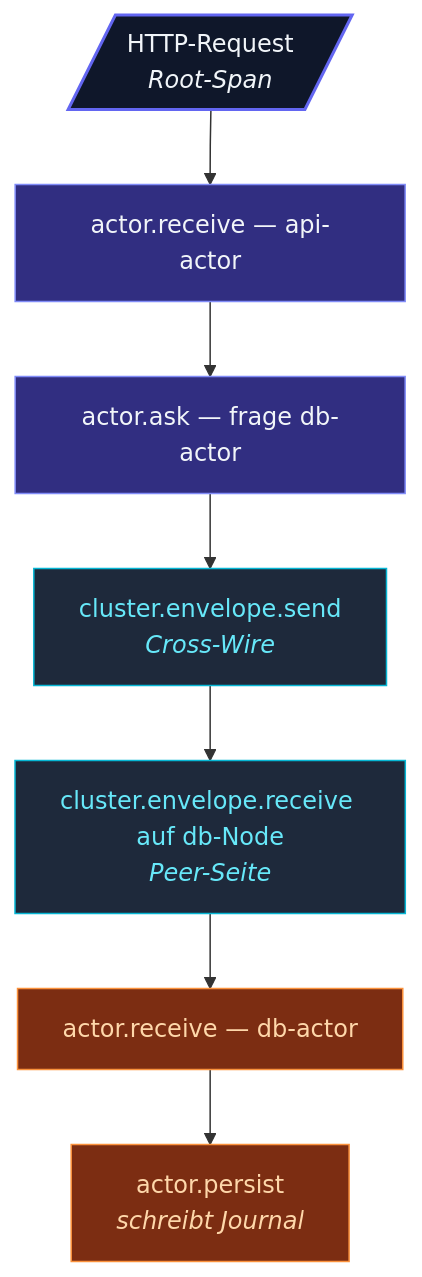
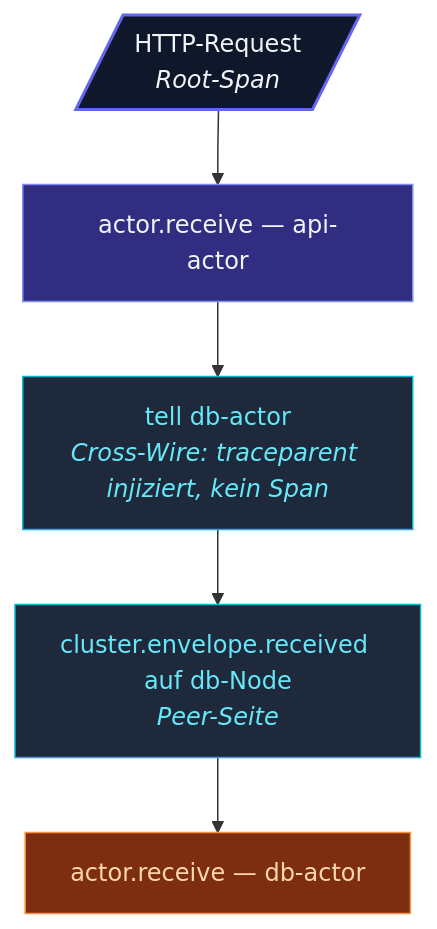
The diagram in docs/src/content/docs/de/observability/tracing/actor-tracing.mdx (pathosDev/actor-ts), drawn with Mermaid before and after one commit. The commit also changed other lines of this file and 181 other files, not shown here.

````diff
--- a/docs/src/content/docs/de/observability/tracing/actor-tracing.mdx
+++ b/docs/src/content/docs/de/observability/tracing/actor-tracing.mdx
@@ -26,20 +23,18 @@
 ```mermaid
 flowchart TB
   R[/"HTTP-Request<br/><i>Root-Span</i>"/]
   API["actor.receive — api-actor"]
-  ASK["actor.ask — frage db-actor"]
-  SEND["cluster.envelope.send<br/><i>Cross-Wire</i>"]
-  RECV["cluster.envelope.receive auf db-Node<br/><i>Peer-Seite</i>"]
+  TELL["tell db-actor<br/><i>Cross-Wire: traceparent injiziert, kein Span</i>"]
+  RECV["cluster.envelope.received auf db-Node<br/><i>Peer-Seite</i>"]
   DB["actor.receive — db-actor"]
-  PERSIST["actor.persist<br/><i>schreibt Journal</i>"]
-  R --> API --> ASK
-  ASK --> SEND --> RECV --> DB --> PERSIST
+  R --> API --> TELL
+  TELL --> RECV --> DB
   classDef root fill:#0f172a,stroke:#6366f1,stroke-width:2px,color:#f1f5f9;
   classDef api  fill:#312e81,stroke:#818cf8,color:#f1f5f9;
   classDef wire fill:#1e293b,stroke:#06b6d4,color:#67e8f9;
   classDef db   fill:#7c2d12,stroke:#fb923c,color:#fed7aa;
   class R root
-  class API,ASK api
-  class SEND,RECV wire
-  class DB,PERSIST db
+  class API api
+  class TELL,RECV wire
+  class DB db
 ```
````
